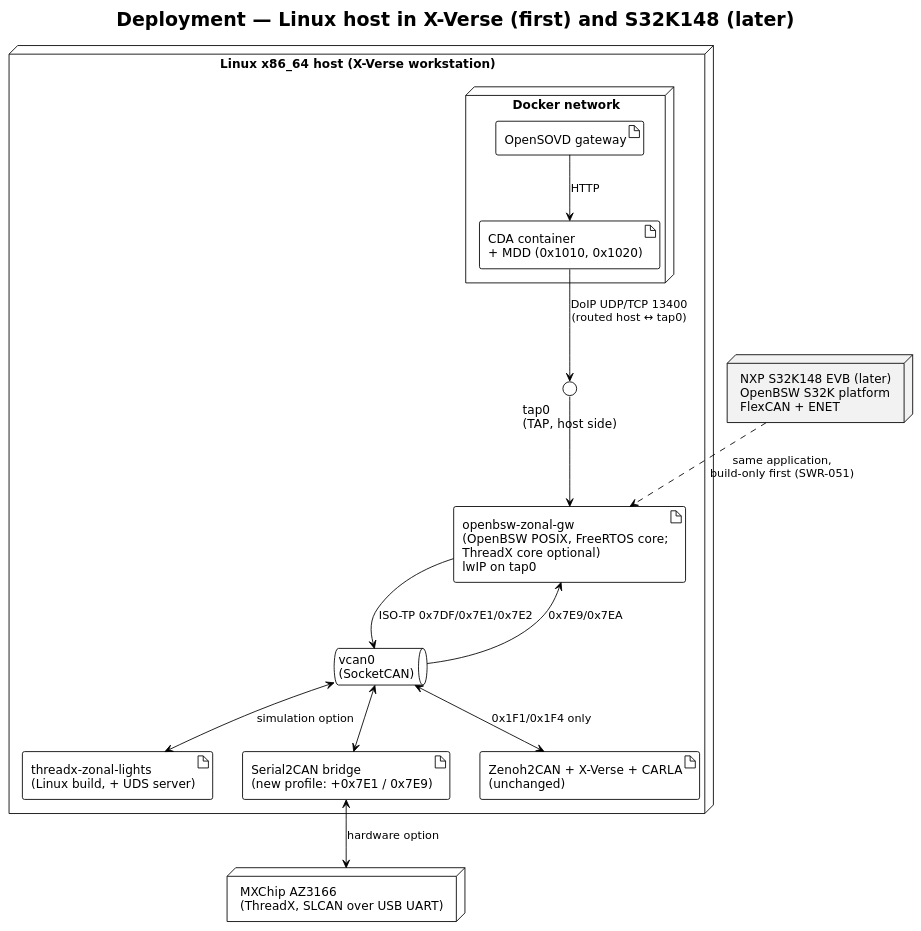
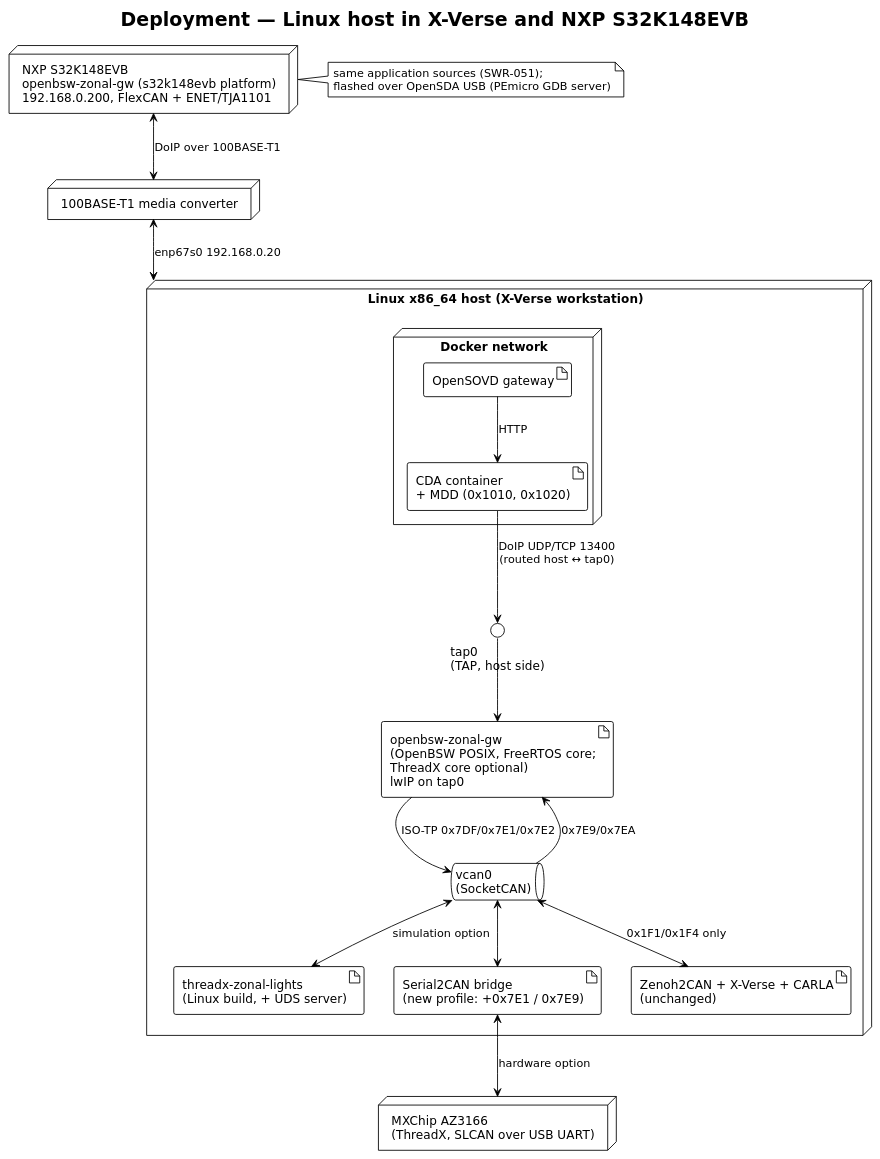
One commit to Eclipse-SDV-Hackathon-Chapter-Four/Thinking_CAPs changed the diagram in OpenBSW/aspice/swe2-architecture/diagrams/deployment.puml. Above: the diagram before and after it, drawn with PlantUML. The commit also changed 35 other files, not shown here.

```diff
--- a/OpenBSW/aspice/swe2-architecture/diagrams/deployment.puml
+++ b/OpenBSW/aspice/swe2-architecture/diagrams/deployment.puml
@@ -1,33 +1,36 @@
 @startuml deployment
 !theme plain
 skinparam defaultFontName "DejaVu Sans"
 skinparam shadowing false
-title Deployment — Linux host in X-Verse (first) and S32K148 (later)
+title Deployment — Linux host in X-Verse and NXP S32K148EVB
 
 node "Linux x86_64 host (X-Verse workstation)" as H {
   node "Docker network" as DN {
     artifact "OpenSOVD gateway" as SOVD
     artifact "CDA container\n+ MDD (0x1010, 0x1020)" as CDA
   }
   interface "tap0\n(TAP, host side)" as TAP
   artifact "openbsw-zonal-gw\n(OpenBSW POSIX, FreeRTOS core;\nThreadX core optional)\nlwIP on tap0" as GW
   queue "vcan0\n(SocketCAN)" as VCAN
   artifact "threadx-zonal-lights\n(Linux build, + UDS server)" as TXL
   artifact "Serial2CAN bridge\n(new profile: +0x7E1 / 0x7E9)" as S2C
   artifact "Zenoh2CAN + X-Verse + CARLA\n(unchanged)" as XV
 }
 
 node "MXChip AZ3166\n(ThreadX, SLCAN over USB UART)" as AZ
-node "NXP S32K148 EVB (later)\nOpenBSW S32K platform\nFlexCAN + ENET" as S32 #F2F2F2
+node "NXP S32K148EVB\nopenbsw-zonal-gw (s32k148evb platform)\n192.168.0.200, FlexCAN + ENET/TJA1101" as S32
 
 SOVD --> CDA : HTTP
 CDA --> TAP : DoIP UDP/TCP 13400\n(routed host ↔ tap0)
 TAP --> GW
 GW --> VCAN : ISO-TP 0x7DF/0x7E1/0x7E2
 VCAN --> GW : 0x7E9/0x7EA
 VCAN <--> TXL : simulation option
 VCAN <--> S2C
 S2C <--> AZ : hardware option
 VCAN <--> XV : 0x1F1/0x1F4 only
-S32 ..> GW : same application,\nbuild-only first (SWR-051)
+node "100BASE-T1 media converter" as MC
+S32 <--> MC : DoIP over 100BASE-T1
+MC <--> H : enp67s0 192.168.0.20
+note right of S32 : same application sources (SWR-051);\nflashed over OpenSDA USB (PEmicro GDB server)
 @enduml
```
